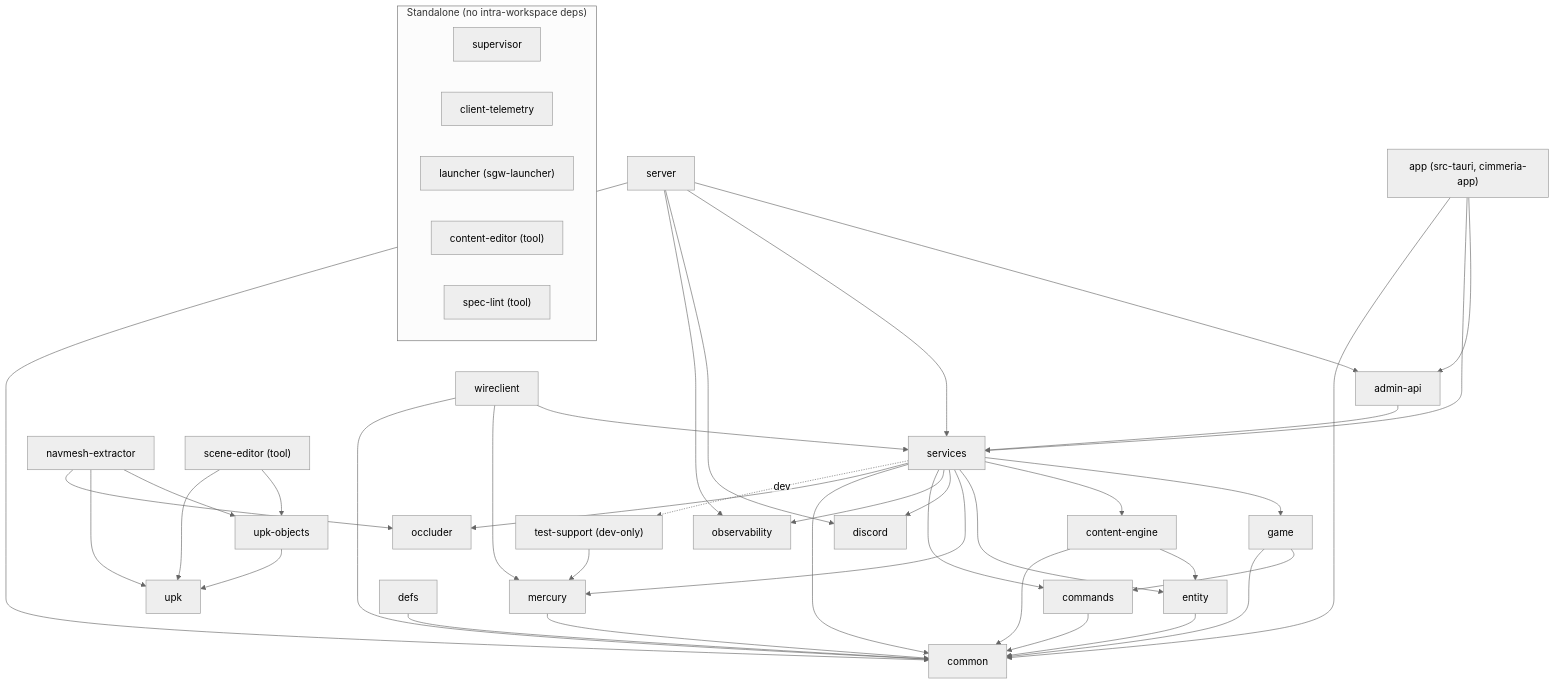
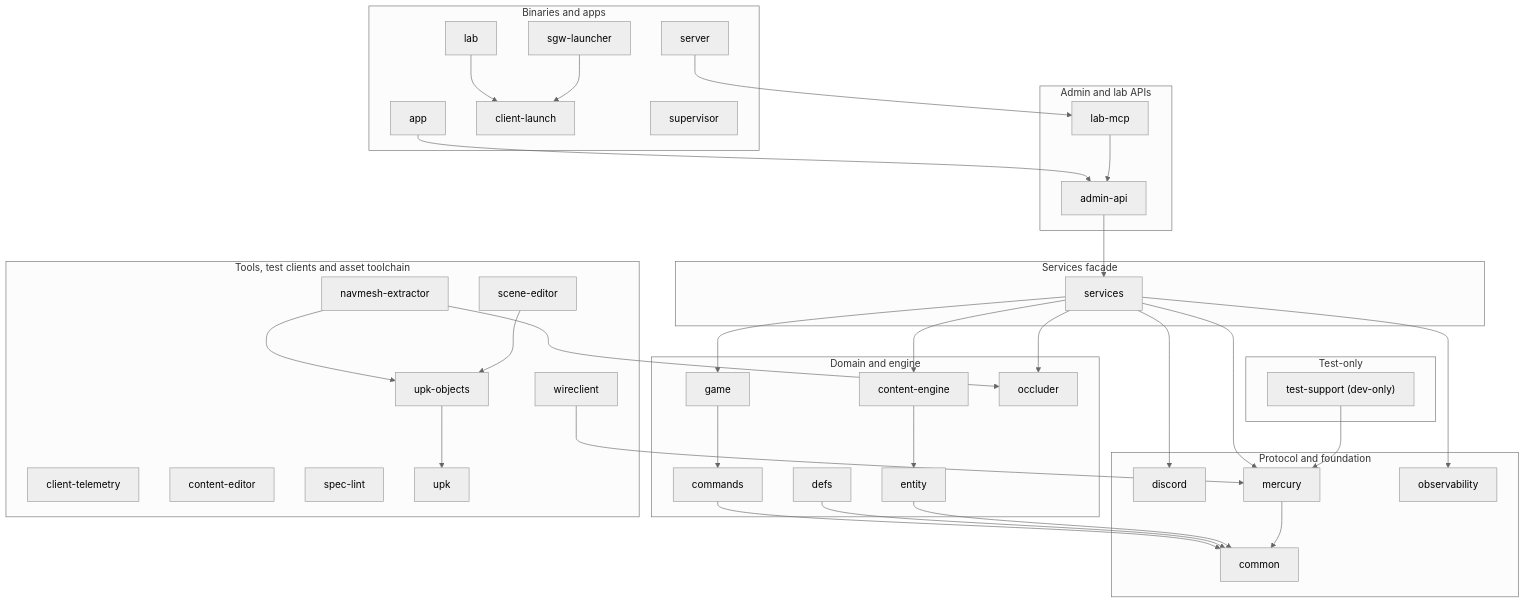
The diagram in README.md (SandboxServers/Cimmeria), drawn with Mermaid before and after one commit. The commit also changed other lines of this file and 9 other files, not shown here.

First line of the commit message:
docs: generate the crate dependency graph from cargo metadata; draw the split's target graph

````diff
--- a/README.md
+++ b/README.md
@@ -95,59 +98,70 @@
 ```mermaid
 %%{init: {"flowchart": {"htmlLabels": false}, "theme": "neutral"}}%%
 flowchart TD
-    %% entry points / binaries
-    server --> adminApi["admin-api"]
-    server --> services
-    server --> discord
-    server --> observability
-    server --> common
-    app["app (src-tauri, cimmeria-app)"] --> adminApi
-    app --> services
-    app --> common
-    wireclient --> services
+    subgraph apps["Binaries and apps"]
+        app["app"]
+        clientLaunch["client-launch"]
+        lab["lab"]
+        server["server"]
+        supervisor["supervisor"]
+        sgwLauncher["sgw-launcher"]
+    end
+    subgraph api["Admin and lab APIs"]
+        adminApi["admin-api"]
+        labMcp["lab-mcp"]
+    end
+    subgraph facade["Services facade"]
+        services["services"]
+    end
+    subgraph domain["Domain and engine"]
+        commands["commands"]
+        contentEngine["content-engine"]
+        defs["defs"]
+        entity["entity"]
+        game["game"]
+        occluder["occluder"]
+    end
+    subgraph foundation["Protocol and foundation"]
+        common["common"]
+        discord["discord"]
+        mercury["mercury"]
+        observability["observability"]
+    end
+    subgraph tools["Tools, test clients and asset toolchain"]
+        clientTelemetry["client-telemetry"]
+        contentEditor["content-editor"]
+        navmeshExtractor["navmesh-extractor"]
+        sceneEditor["scene-editor"]
+        specLint["spec-lint"]
+        upk["upk"]
+        upkObjects["upk-objects"]
+        wireclient["wireclient"]
+    end
+    subgraph test["Test-only"]
+        testSupport["test-support (dev-only)"]
+    end
+    adminApi --> services
+    app --> adminApi
+    commands --> common
+    contentEngine --> entity
+    defs --> common
+    entity --> common
+    game --> commands
+    lab --> clientLaunch
+    labMcp --> adminApi
+    mercury --> common
+    navmeshExtractor --> occluder
+    navmeshExtractor --> upkObjects
+    sceneEditor --> upkObjects
+    server --> labMcp
+    services --> contentEngine
+    services --> discord
+    services --> game
+    services --> mercury
+    services --> observability
+    services --> occluder
+    testSupport --> mercury
+    upkObjects --> upk
     wireclient --> mercury
-    wireclient --> common
-
-    %% service + domain layer
-    adminApi --> services
-    services --> game
-    services --> contentEngine["content-engine"]
-    services --> entity
-    services --> mercury
-    services --> discord
-    services --> observability
-    services --> commands
-    services --> common
-    game --> commands
-    game --> common
-    contentEngine --> entity
-    contentEngine --> common
-    entity --> common
-
-    %% foundation
-    mercury --> common
-    defs --> common
-    commands --> common
-
-    %% UPK / navmesh toolchain (independent of the server spine)
-    navmeshExtractor["navmesh-extractor"] --> upkObjects["upk-objects"]
-    navmeshExtractor --> upk
-    navmeshExtractor --> occluder
-    services --> occluder
-    sceneEditor["scene-editor (tool)"] --> upkObjects
-
-    %% test-only
-    services -. dev .-> testSupport["test-support (dev-only)"]
-    testSupport --> mercury
-    sceneEditor --> upk
-    upkObjects --> upk
-
-    %% standalone crates with no intra-workspace dependencies
-    subgraph standalone["Standalone (no intra-workspace deps)"]
-        supervisor
-        clientTelemetry["client-telemetry"]
-        launcher["launcher (sgw-launcher)"]
-        contentEditor["content-editor (tool)"]
-        specLint["spec-lint (tool)"]
-    end
+    sgwLauncher --> clientLaunch
 ```
````
